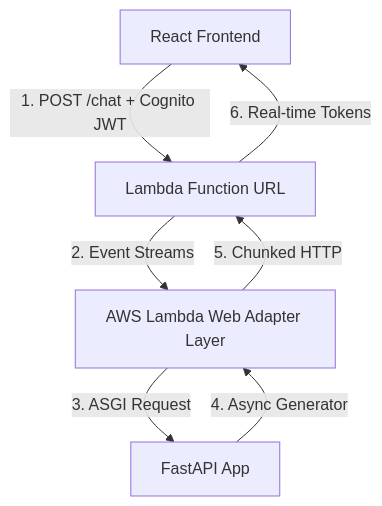
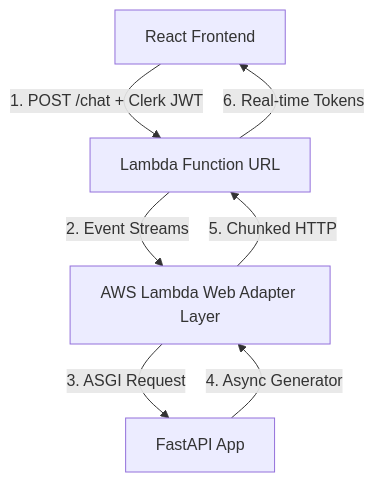
One commit to Hari31416/chatbot-aws changed the diagram in docs/details/SSE_STREAMING_GUIDE.md. Above: the diagram before and after it, drawn with Mermaid. The commit also changed other lines of this file and 12 other files, not shown here.

Commit message:
refactor: migrate authentication system from Amazon Cognito to Clerk across project documentation

````diff
--- a/docs/details/SSE_STREAMING_GUIDE.md
+++ b/docs/details/SSE_STREAMING_GUIDE.md
@@ -36,9 +36,9 @@
 ```mermaid
 graph TD
-    React[React Frontend] -->|1. POST /chat + Cognito JWT| FURL[Lambda Function URL]
+    React[React Frontend] -->|1. POST /chat + Clerk JWT| FURL[Lambda Function URL]
     FURL -->|2. Event Streams| LWA[AWS Lambda Web Adapter Layer]
     LWA -->|3. ASGI Request| FastAPI[FastAPI App]
     FastAPI -->|4. Async Generator| LWA
     LWA -->|5. Chunked HTTP| FURL
     FURL -->|6. Real-time Tokens| React
 ```
````
